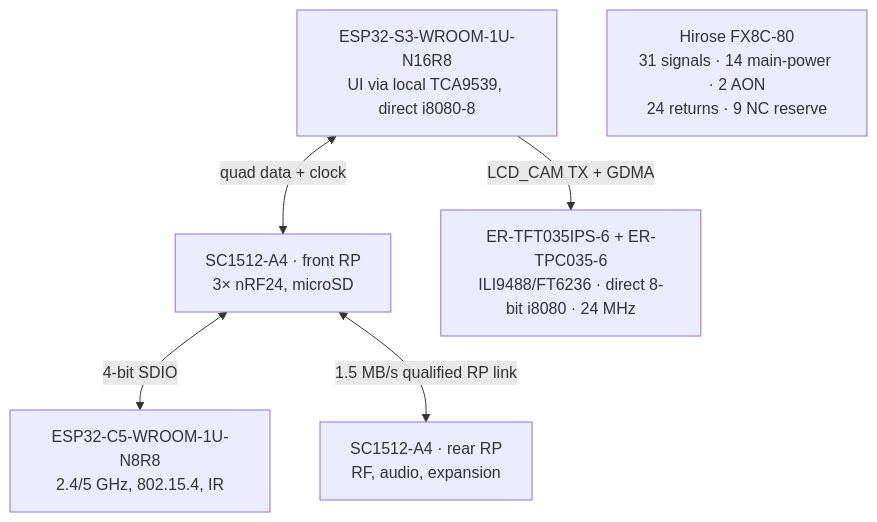
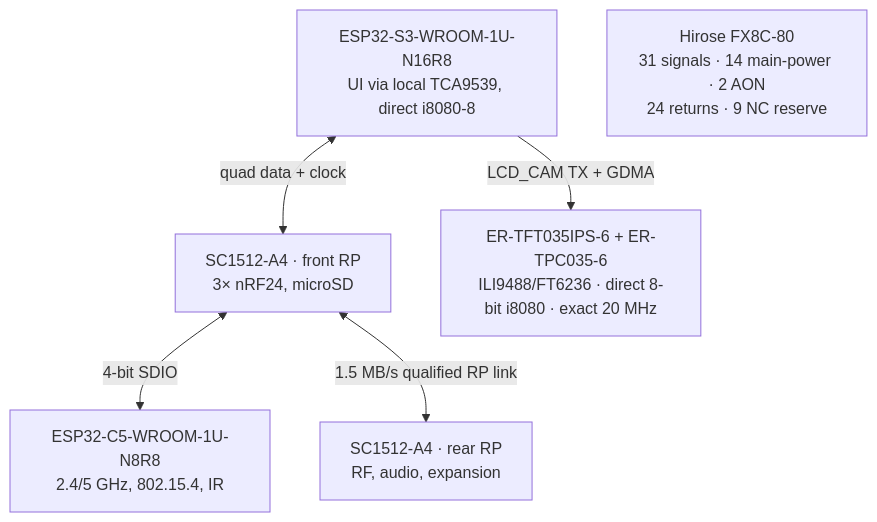
Before and after one commit to anton-vinogradov/esp32-leshy2: the diagram in docs/schematics.md, drawn with Mermaid. The commit also changed 124 other files, not shown here.

````diff
--- a/docs/schematics.md
+++ b/docs/schematics.md
@@ -34,14 +34,14 @@
 ```mermaid
 flowchart TD
   S3["ESP32-S3-WROOM-1U-N16R8<br/>UI via local TCA9539, direct i8080-8"]
   C5["ESP32-C5-WROOM-1U-N8R8<br/>2.4/5 GHz, 802.15.4, IR"]
   FRP["SC1512-A4 · front RP<br/>3× nRF24, microSD"]
   RRP["SC1512-A4 · rear RP<br/>RF, audio, expansion"]
-  LCD["ER-TFT035IPS-6 + ER-TPC035-6<br/>ILI9488/FT6236 · direct 8-bit i8080 · 24 MHz"]
+  LCD["ER-TFT035IPS-6 + ER-TPC035-6<br/>ILI9488/FT6236 · direct 8-bit i8080 · exact 20 MHz"]
   M1["Hirose FX8C-80<br/>31 signals · 14 main-power · 2 AON<br/>24 returns · 9 NC reserve"]
 
   S3 -->|"LCD_CAM TX + GDMA"| LCD
   S3 <-->|"quad data + clock"| FRP
   FRP <-->|"4-bit SDIO"| C5
   FRP <-->|"1.5 MB/s qualified RP link"| RRP
 ```
````
